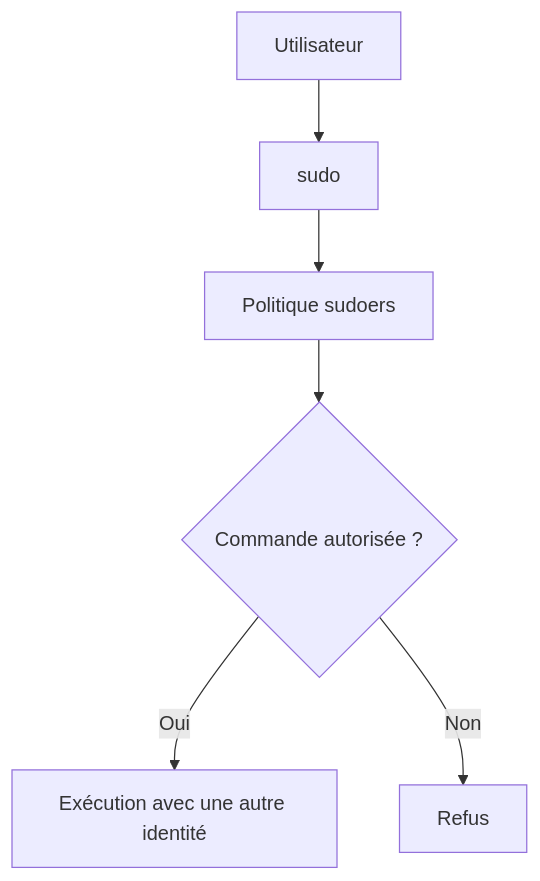
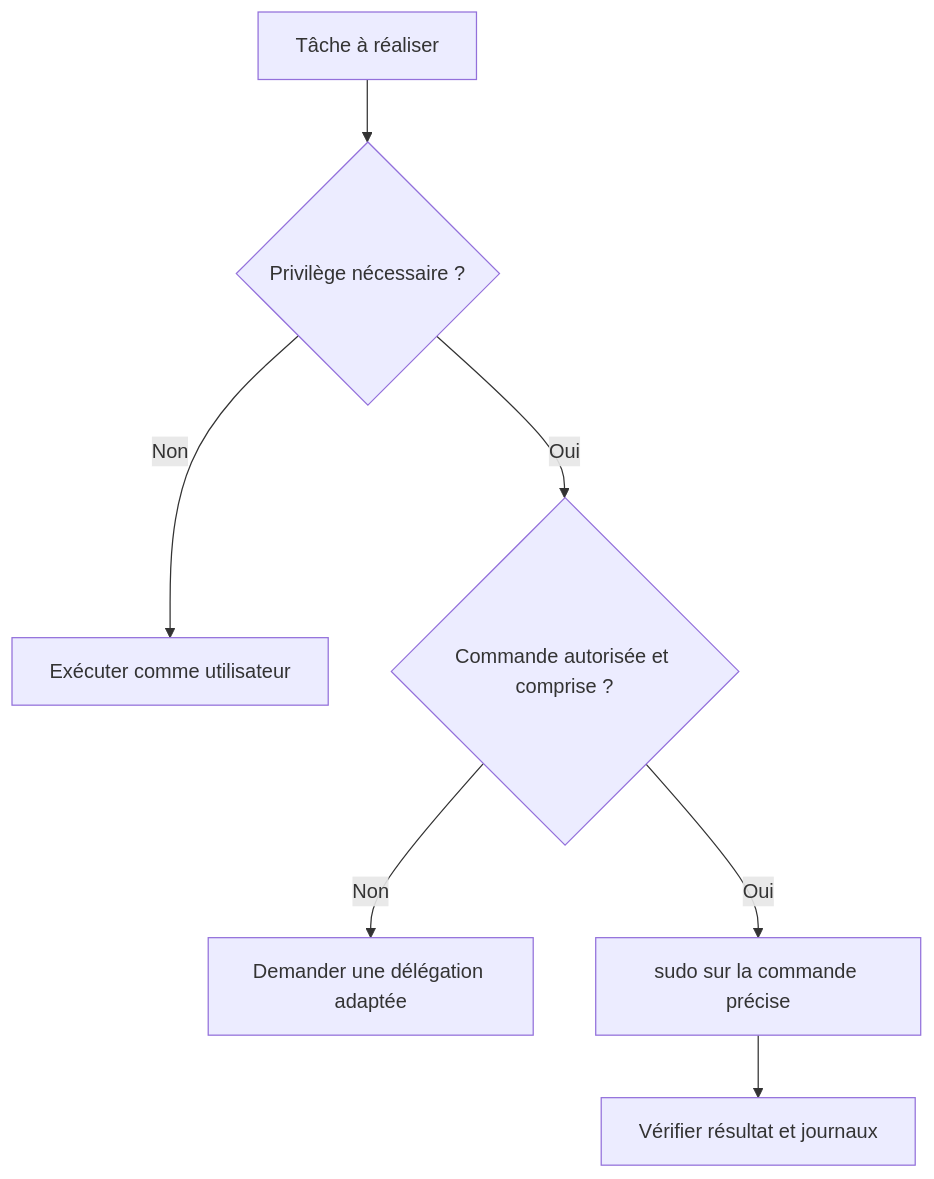
One commit to tdelaclos/formations changed the second of 4 diagrams in campagne 1/1.8-sudo-moindre-privilege.md. Above: the diagram before and after it, drawn with Mermaid. The commit also changed other lines of this file and 10 other files, not shown here.

````diff
--- a/campagne 1/1.8-sudo-moindre-privilege.md
+++ b/campagne 1/1.8-sudo-moindre-privilege.md
@@ -636,21 +112,9 @@
 ```mermaid
 flowchart TD
-
-A["Utilisateur"]
-
-B["sudo"]
-
-C["Politique sudoers"]
-
-D{"Commande autorisée ?"}
-
-E["Exécution avec une autre identité"]
-
-F["Refus"]
-
-A --> B
-B --> C
-C --> D
-D -->|Oui| E
-D -->|Non| F
+    Task["Tâche à réaliser"] --> Need{"Privilège nécessaire ?"}
+    Need -->|Non| Normal["Exécuter comme utilisateur"]
+    Need -->|Oui| Rule{"Commande autorisée et comprise ?"}
+    Rule -->|Non| Stop["Demander une délégation adaptée"]
+    Rule -->|Oui| One["sudo sur la commande précise"]
+    One --> Verify["Vérifier résultat et journaux"]
 ```
````
